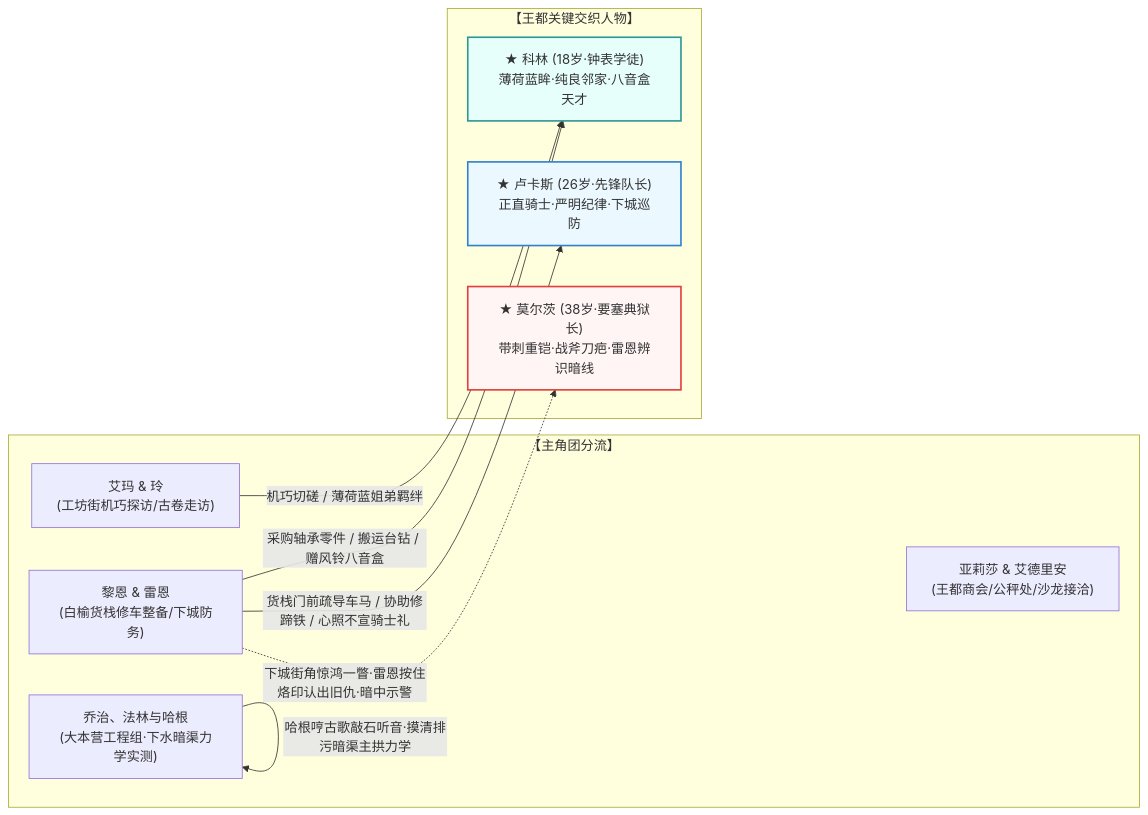
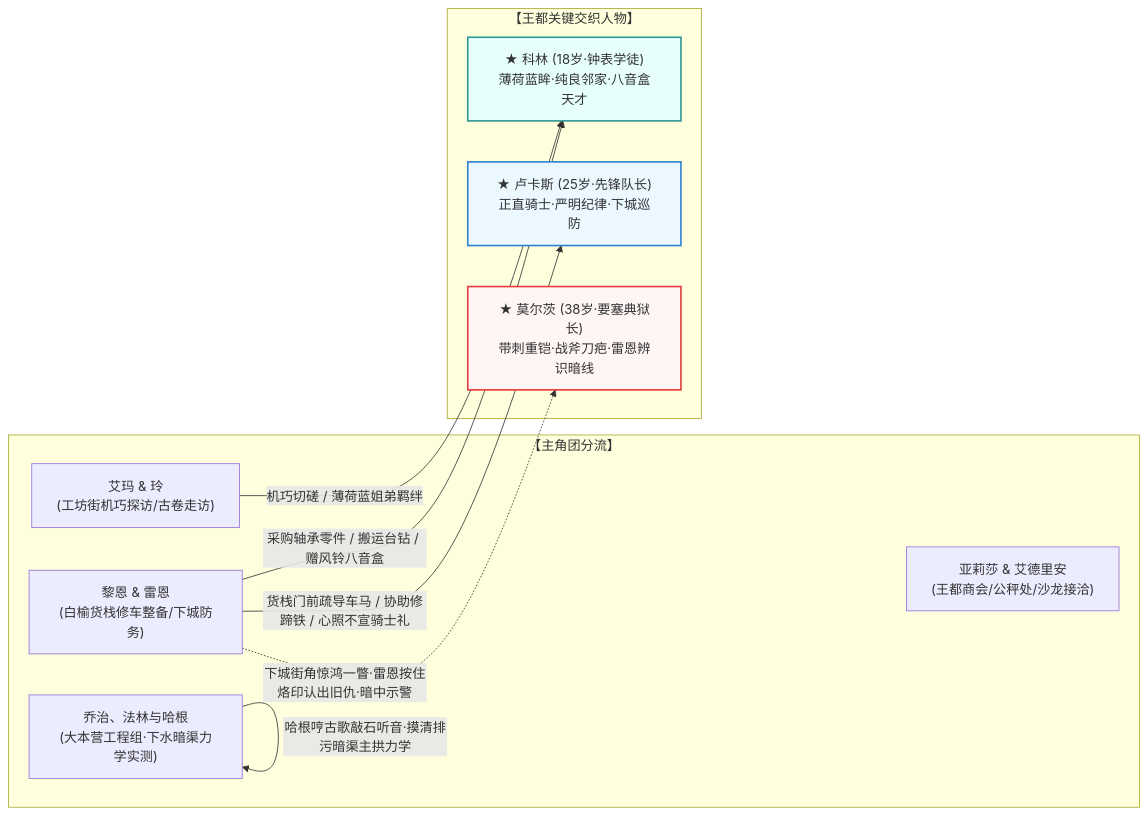
The second of 2 diagrams in 方案/第二部/已执行/06_宏篇十幕扩充与全新第三幕王都繁华市井详规方案.md (soranokiseki1437/eldoria-worldbook), drawn with Mermaid before and after one commit. The commit also changed other lines of this file and 146 other files, not shown here.

````diff
--- a/方案/第二部/已执行/06_宏篇十幕扩充与全新第三幕王都繁华市井详规方案.md
+++ b/方案/第二部/已执行/06_宏篇十幕扩充与全新第三幕王都繁华市井详规方案.md
@@ -59,25 +59,25 @@
 ```mermaid
 flowchart LR
     subgraph Protagonists ["【主角团分流】"]
         L_R["黎恩 & 雷恩<br>(白榆货栈修车整备/下城防务)"]
         E_L["艾玛 & 玲<br>(工坊街机巧探访/古卷走访)"]
         A_M["亚莉莎 & 艾德里安<br>(王都商会/公秤处/沙龙接洽)"]
         G_F["乔治、法林与哈根<br>(大本营工程组·下水暗渠力学实测)"]
     end
 
     subgraph NPCs ["【王都关键交织人物】"]
         Colin["★ 科林 (18岁·钟表学徒)<br>薄荷蓝眸·纯良邻家·八音盒天才"]
-        Lucas["★ 卢卡斯 (26岁·先锋队长)<br>正直骑士·严明纪律·下城巡防"]
+        Lucas["★ 卢卡斯 (25岁·先锋队长)<br>正直骑士·严明纪律·下城巡防"]
         Moritz["★ 莫尔茨 (38岁·要塞典狱长)<br>带刺重铠·战斧刀疤·雷恩辨识暗线"]
     end
 
     E_L -->|机巧切磋 / 薄荷蓝姐弟羁绊| Colin
     L_R -->|采购轴承零件 / 搬运台钻 / 赠风铃八音盒| Colin
     L_R -->|货栈门前疏导车马 / 协助修蹄铁 / 心照不宣骑士礼| Lucas
     L_R -.->|下城街角惊鸿一瞥·雷恩按住烙印认出旧仇·暗中示警| Moritz
     G_F -->|哈根哼古歌敲石听音·摸清排污暗渠主拱力学| G_F
 
     style Colin fill:#e6fffa,stroke:#319795,stroke-width:2px
     style Lucas fill:#ebf8ff,stroke:#3182ce,stroke-width:2px
     style Moritz fill:#fff5f5,stroke:#e53e3e,stroke-width:2px
 ```
````
